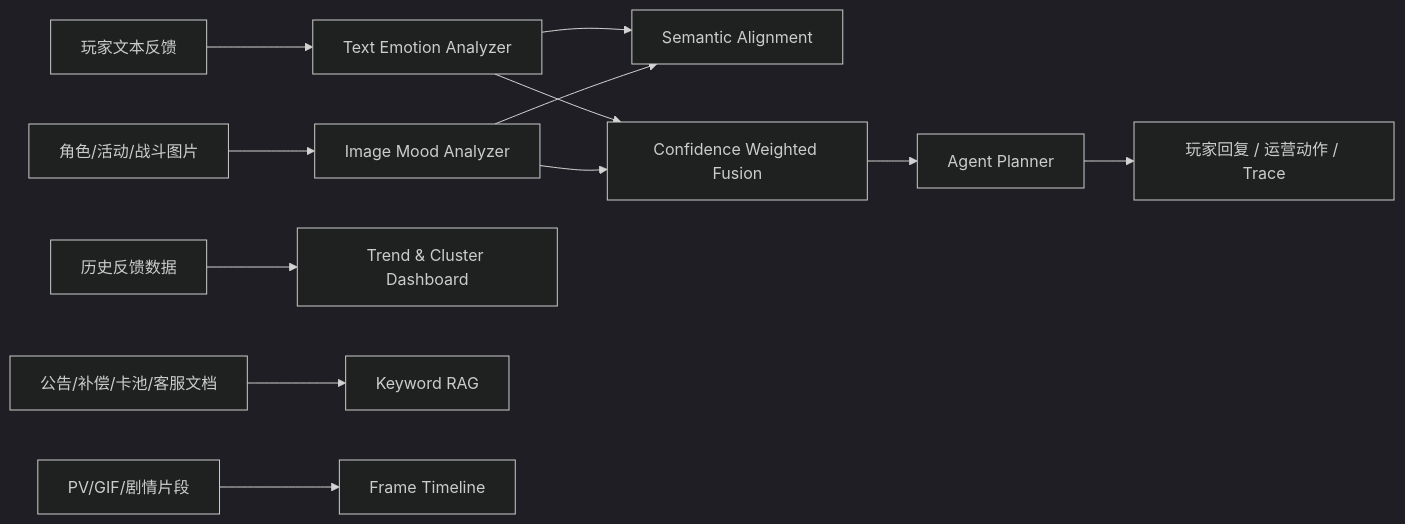
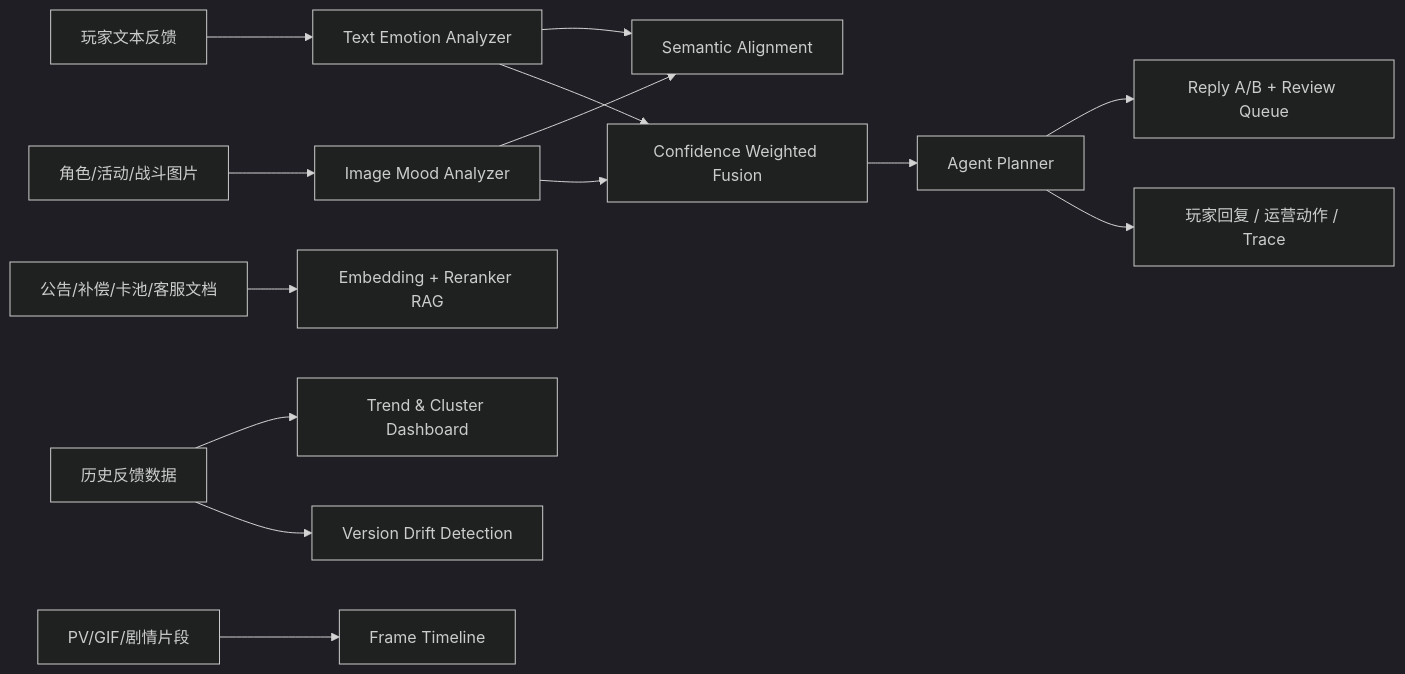
One commit to SeupLio/anime-mood-agent-studio changed the diagram in README.md. Above: the diagram before and after it, drawn with Mermaid (dark theme). The commit also changed other lines of this file and 14 other files, not shown here.

````diff
--- a/README.md
+++ b/README.md
@@ -16,14 +19,16 @@
 ```mermaid
 flowchart LR
   A["玩家文本反馈"] --> B["Text Emotion Analyzer"]
   C["角色/活动/战斗图片"] --> D["Image Mood Analyzer"]
   B --> E["Semantic Alignment"]
   D --> E
   B --> F["Confidence Weighted Fusion"]
   D --> F
   F --> G["Agent Planner"]
   H["历史反馈数据"] --> I["Trend & Cluster Dashboard"]
-  J["公告/补偿/卡池/客服文档"] --> K["Keyword RAG"]
+  J["公告/补偿/卡池/客服文档"] --> K["Embedding + Reranker RAG"]
   L["PV/GIF/剧情片段"] --> M["Frame Timeline"]
+  H --> O["Version Drift Detection"]
+  G --> P["Reply A/B + Review Queue"]
   G --> N["玩家回复 / 运营动作 / Trace"]
 ```
````
